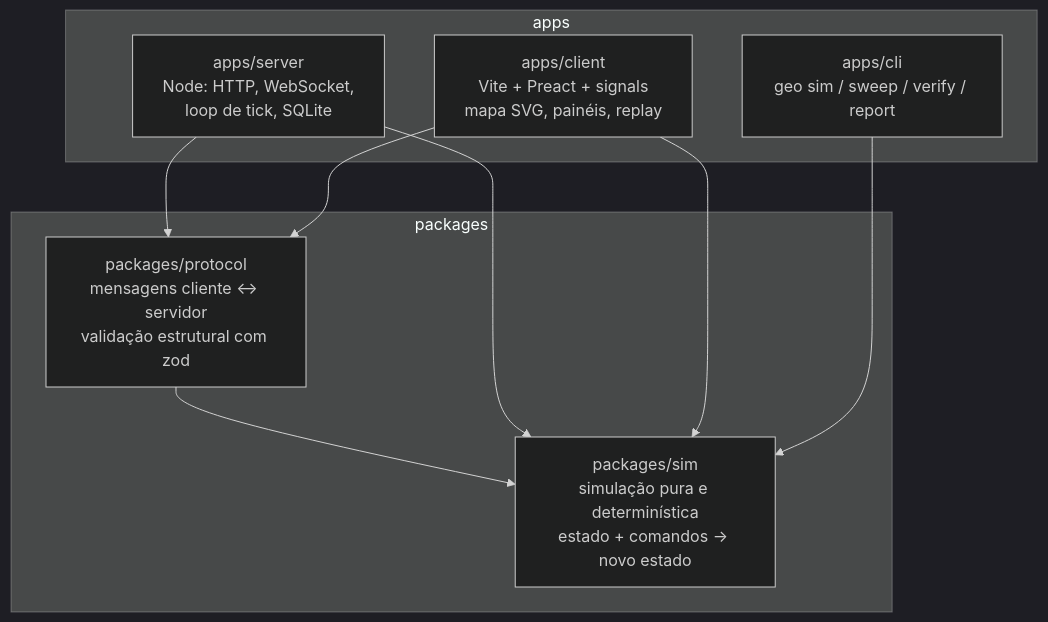
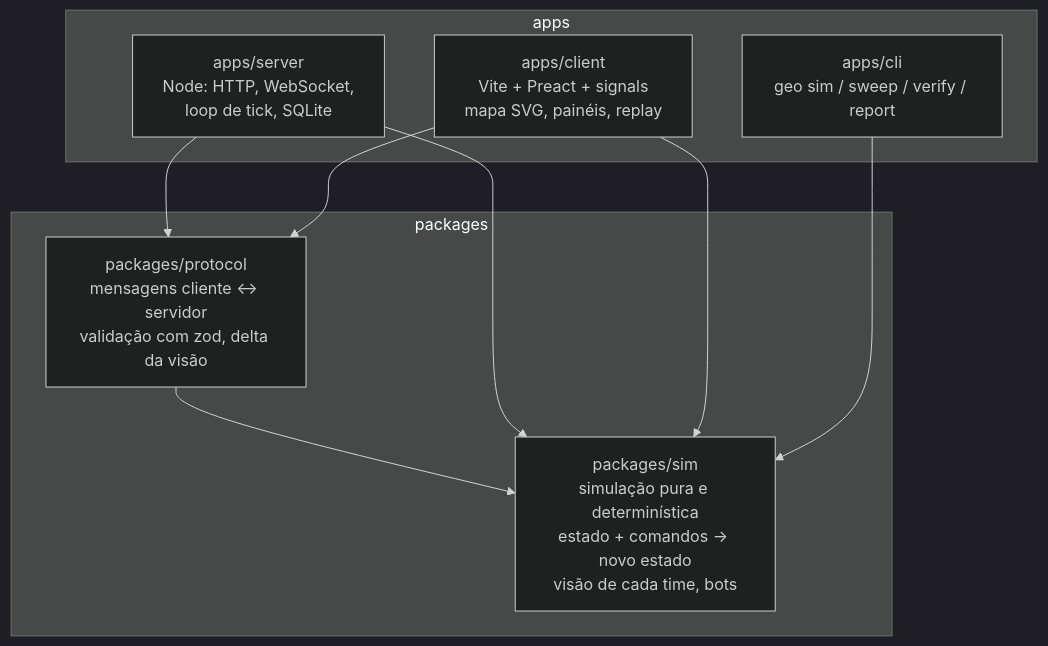
The third of 8 diagrams in docs/OVERVIEW.md (eliasfeijo/geometrix), drawn with Mermaid (dark theme) before and after one commit. The commit also changed other lines of this file, not shown here.

````diff
--- a/docs/OVERVIEW.md
+++ b/docs/OVERVIEW.md
@@ -178,18 +184,18 @@
 ```mermaid
 flowchart TB
     subgraph packages
-        sim["packages/sim<br/>simulação pura e determinística<br/>estado + comandos → novo estado"]
-        protocol["packages/protocol<br/>mensagens cliente ↔ servidor<br/>validação estrutural com zod"]
+        sim["packages/sim<br/>simulação pura e determinística<br/>estado + comandos → novo estado<br/>visão de cada time, bots"]
+        protocol["packages/protocol<br/>mensagens cliente ↔ servidor<br/>validação com zod, delta da visão"]
     end
     subgraph apps
         server["apps/server<br/>Node: HTTP, WebSocket,<br/>loop de tick, SQLite"]
         client["apps/client<br/>Vite + Preact + signals<br/>mapa SVG, painéis, replay"]
         cli["apps/cli<br/>geo sim / sweep / verify / report"]
     end
     protocol --> sim
     server --> protocol
     server --> sim
     client --> protocol
     client --> sim
     cli --> sim
 ```
````
